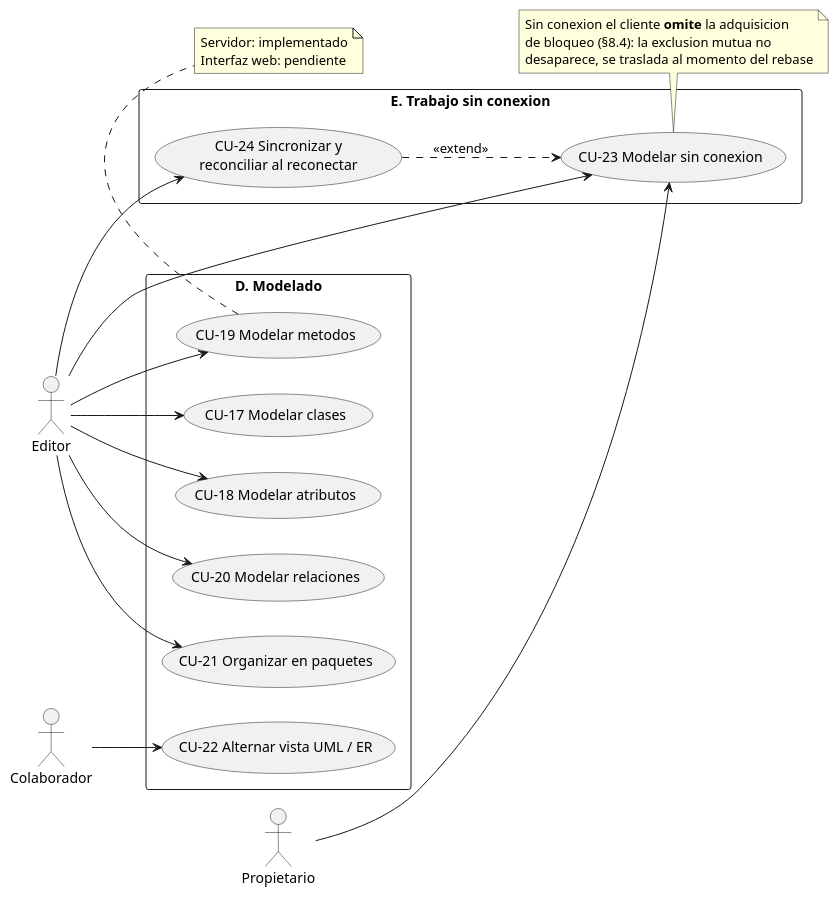
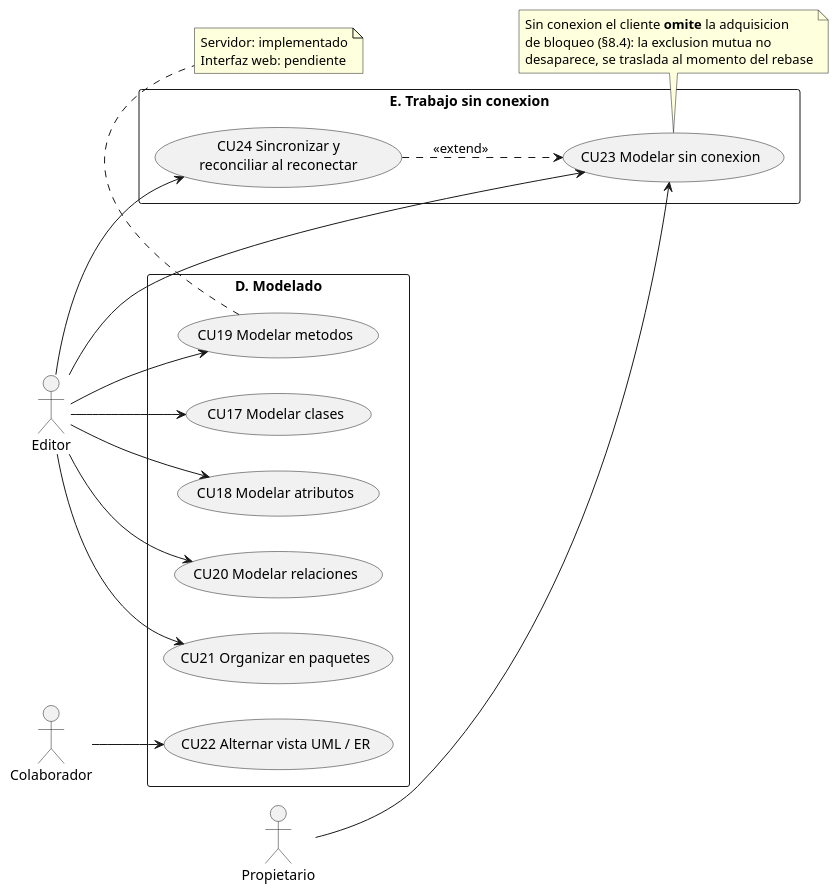
The diagram in docs/puds/diagramas/casos-de-uso-modelado.puml (daniel-ol5/diagramacolaborativo), drawn with PlantUML before and after one commit. The commit also changed 6 other files, not shown here.

```diff
--- a/docs/puds/diagramas/casos-de-uso-modelado.puml
+++ b/docs/puds/diagramas/casos-de-uso-modelado.puml
@@ -1,45 +1,45 @@
 @startuml casos-de-uso-modelado
 ' Paquetes D y E - Modelado y trabajo sin conexion (RF-01, RF-05)
 left to right direction
 
 actor "Colaborador" as C
 actor "Editor" as ED
 actor "Propietario" as OW
 
 rectangle "D. Modelado" {
-  usecase "CU-17 Modelar clases" as CU17
-  usecase "CU-18 Modelar atributos" as CU18
-  usecase "CU-19 Modelar metodos" as CU19
-  usecase "CU-20 Modelar relaciones" as CU20
-  usecase "CU-21 Organizar en paquetes" as CU21
-  usecase "CU-22 Alternar vista UML / ER" as CU22
+  usecase "CU17 Modelar clases" as CU17
+  usecase "CU18 Modelar atributos" as CU18
+  usecase "CU19 Modelar metodos" as CU19
+  usecase "CU20 Modelar relaciones" as CU20
+  usecase "CU21 Organizar en paquetes" as CU21
+  usecase "CU22 Alternar vista UML / ER" as CU22
 }
 
 rectangle "E. Trabajo sin conexion" {
-  usecase "CU-23 Modelar sin conexion" as CU23
-  usecase "CU-24 Sincronizar y\nreconciliar al reconectar" as CU24
+  usecase "CU23 Modelar sin conexion" as CU23
+  usecase "CU24 Sincronizar y\nreconciliar al reconectar" as CU24
 }
 
 ED --> CU17
 ED --> CU18
 ED --> CU19
 ED --> CU20
 ED --> CU21
 C --> CU22
 ED --> CU23
 ED --> CU24
 OW --> CU23
 
 CU24 ..> CU23 : <<extend>>
 
 note bottom of CU23
   Sin conexion el cliente **omite** la adquisicion
   de bloqueo (§8.4): la exclusion mutua no
   desaparece, se traslada al momento del rebase
 end note
 
 note bottom of CU19
   Servidor: implementado
   Interfaz web: pendiente
 end note
 @enduml
```
